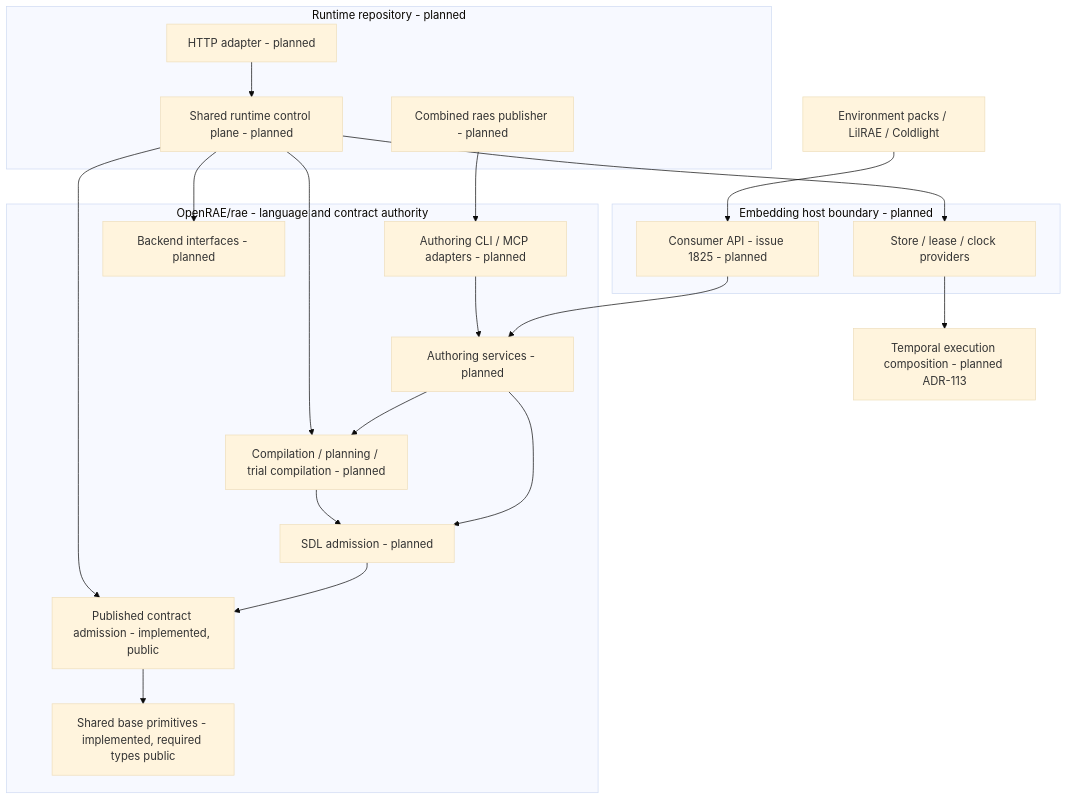
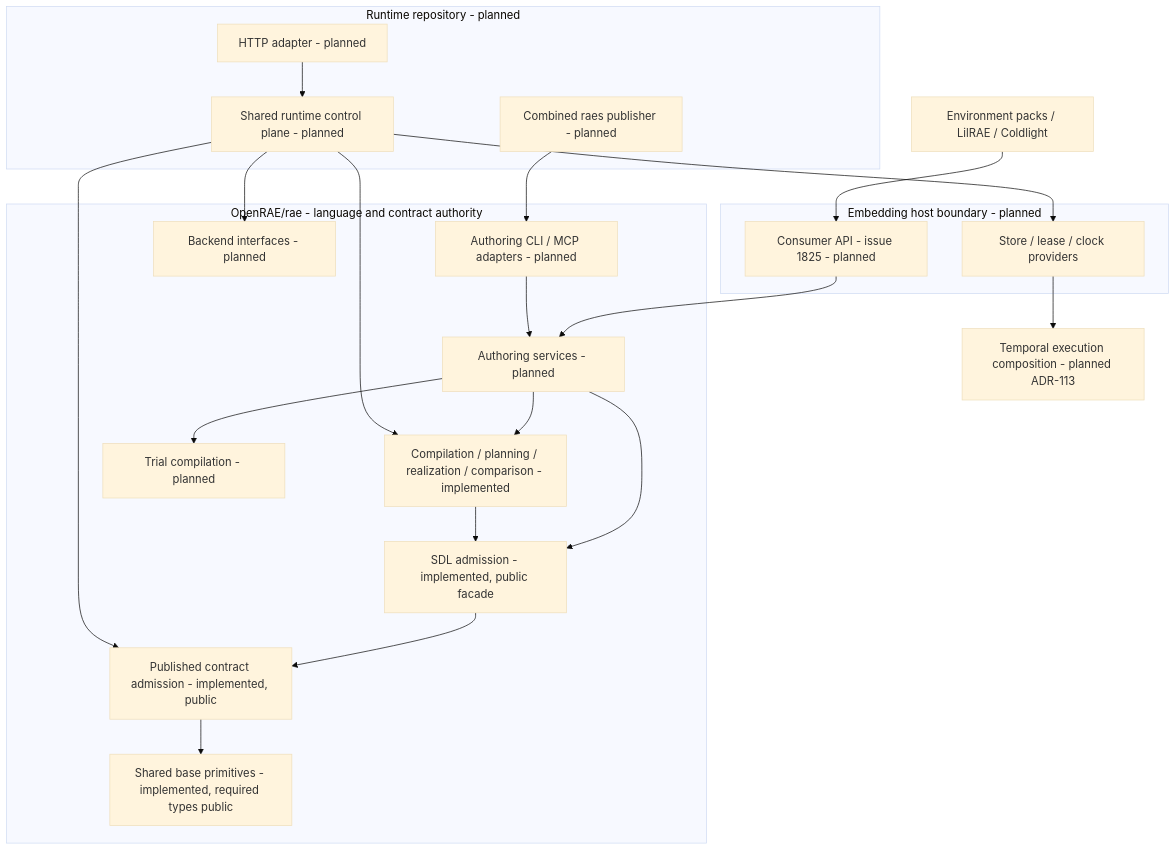
The first of 3 diagrams in docs/develop/go-architecture.md (OpenRAE/rae), drawn with Mermaid (base theme) before and after one commit. The commit also changed other lines of this file and 483 other files, not shown here.

Commit message:
Port processor compilation planning and realization to Go

````diff
--- a/docs/develop/go-architecture.md
+++ b/docs/develop/go-architecture.md
@@ -29,37 +30,39 @@
 ```mermaid
 flowchart TB
     Consumers[Environment packs / LilRAE / Coldlight]
     subgraph Host[Embedding host boundary - planned]
         Providers[Store / lease / clock providers]
         API[Consumer API - issue 1825 - planned]
     end
     subgraph RAES[OpenRAE/rae - language and contract authority]
         Transport[Authoring CLI / MCP adapters - planned]
         App[Authoring services - planned]
-        SDL[SDL admission - planned]
+        SDL[SDL admission - implemented, public facade]
         Contracts[Published contract admission - implemented, public]
-        Processor[Compilation / planning / trial compilation - planned]
+        Processor[Compilation / planning / realization / comparison - implemented]
+        Trial[Trial compilation - planned]
         Backend[Backend interfaces - planned]
         Base[Shared base primitives - implemented, required types public]
     end
     subgraph RuntimeRepo[Runtime repository - planned]
         Runtime[Shared runtime control plane - planned]
         HTTP[HTTP adapter - planned]
         CLI[Combined raes publisher - planned]
     end
     Consumers --> API
     API --> App
     Transport --> App
     App --> SDL
     App --> Processor
+    App --> Trial
     CLI --> Transport
     HTTP --> Runtime
     SDL --> Contracts
     Processor --> SDL
     Runtime --> Processor
     Runtime --> Contracts
     Runtime --> Backend
     Runtime --> Providers
     Contracts --> Base
     Providers --> Temporal[Temporal execution composition - planned ADR-113]
 ```
````
